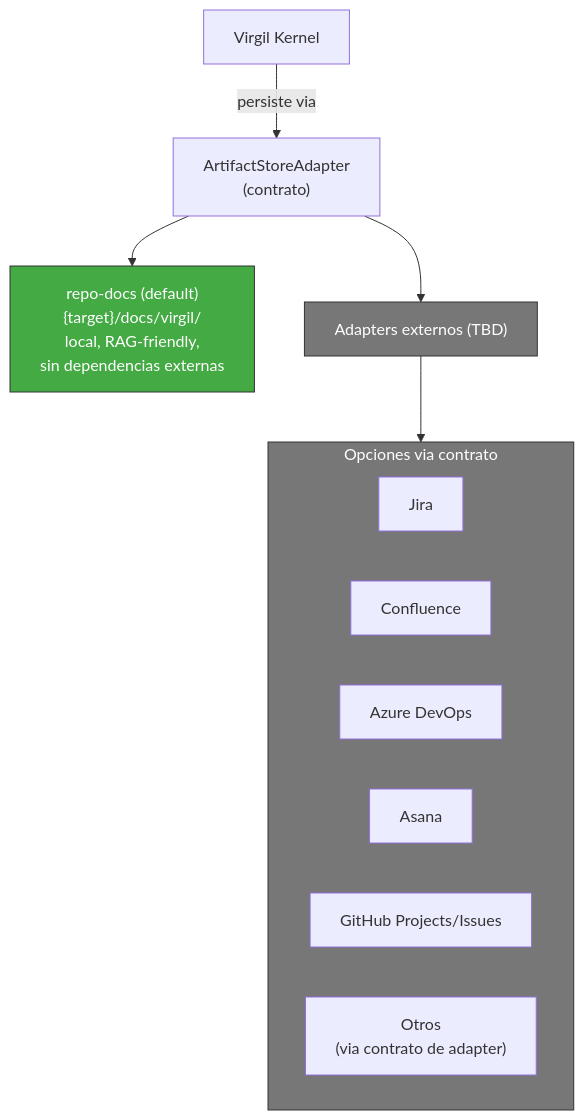
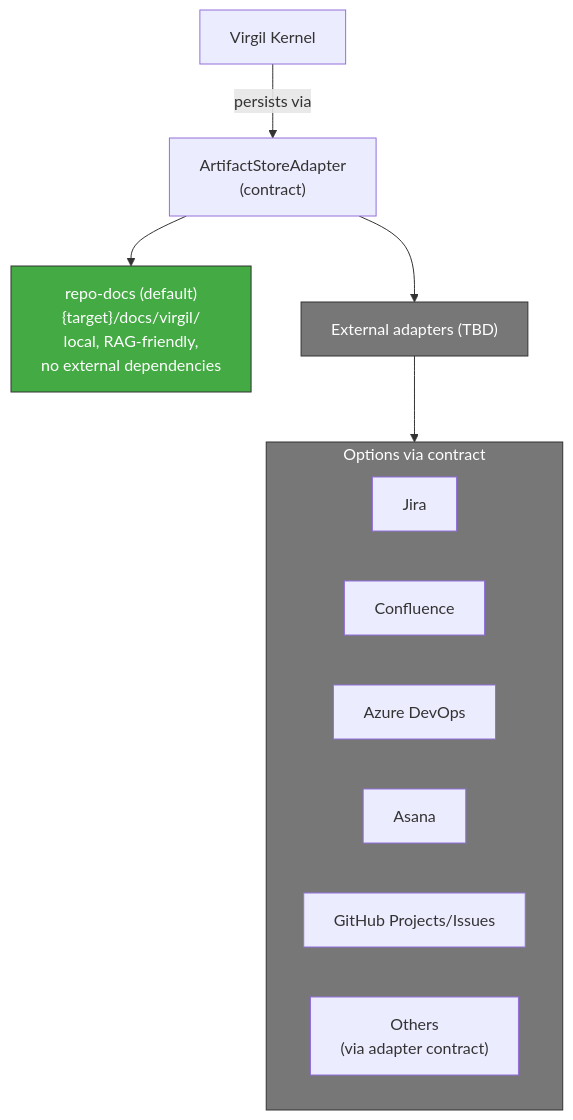
The first of 2 diagrams in principia/sections/21-knowledge-storage.md (virgenherrera/virgil), drawn with Mermaid before and after one commit. The commit also changed other lines of this file and 42 other files, not shown here.

````diff
--- a/principia/sections/21-knowledge-storage.md
+++ b/principia/sections/21-knowledge-storage.md
@@ -49,24 +49,24 @@
 ```mermaid
 flowchart TD
     VIRGIL["Virgil Kernel"]
-    VIRGIL -->|"persiste via"| ASA["ArtifactStoreAdapter\n(contrato)"]
+    VIRGIL -->|"persists via"| ASA["ArtifactStoreAdapter\n(contract)"]
 
-    ASA --> DEFAULT["repo-docs (default)\n{target}/docs/virgil/\nlocal, RAG-friendly,\nsin dependencias externas"]
+    ASA --> DEFAULT["repo-docs (default)\n{target}/docs/virgil/\nlocal, RAG-friendly,\nno external dependencies"]
 
-    ASA --> EXT["Adapters externos (TBD)"]
+    ASA --> EXT["External adapters (TBD)"]
 
-    subgraph EXTERNOS["Opciones via contrato"]
+    subgraph EXTERNOS["Options via contract"]
         JIRA["Jira"]
         CONF["Confluence"]
         AZURE["Azure DevOps"]
         ASANA["Asana"]
         GH["GitHub Projects/Issues"]
-        OTROS["Otros\n(via contrato de adapter)"]
+        OTROS["Others\n(via adapter contract)"]
     end
 
     EXT --> EXTERNOS
 
     style DEFAULT fill:#4a4,stroke:#333,color:#fff
     style EXT fill:#777,stroke:#333,color:#fff
     style EXTERNOS fill:#777,stroke:#333,color:#fff
 ```
````
